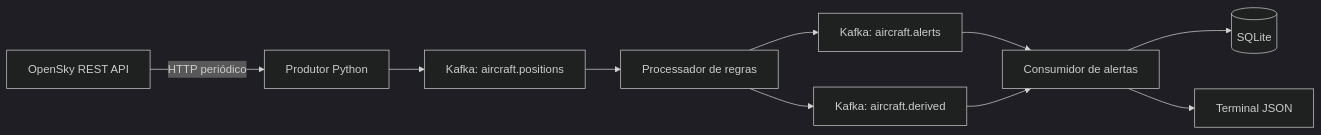
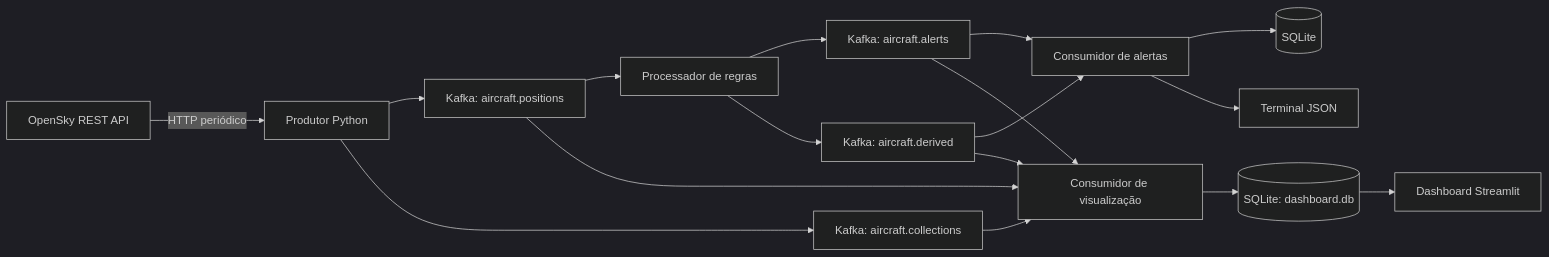
The first of 3 diagrams in docs/ARCHITECTURE.md (RenanCampista/Trab1-SOE), drawn with Mermaid (dark theme) before and after one commit. The commit also changed other lines of this file and 11 other files, not shown here.

````diff
--- a/docs/ARCHITECTURE.md
+++ b/docs/ARCHITECTURE.md
@@ -9,12 +9,19 @@
 ```mermaid
 flowchart LR
     API[OpenSky REST API] -->|HTTP periódico| P[Produtor Python]
     P --> POS[Kafka: aircraft.positions]
     POS --> R[Processador de regras]
     R --> A[Kafka: aircraft.alerts]
     R --> D[Kafka: aircraft.derived]
     A --> C[Consumidor de alertas]
     D --> C
     C --> DB[(SQLite)]
     C --> LOG[Terminal JSON]
+    P --> S[Kafka: aircraft.collections]
+    POS --> V[Consumidor de visualização]
+    A --> V
+    D --> V
+    S --> V
+    V --> VIEW[(SQLite: dashboard.db)]
+    VIEW --> UI[Dashboard Streamlit]
 ```
````
